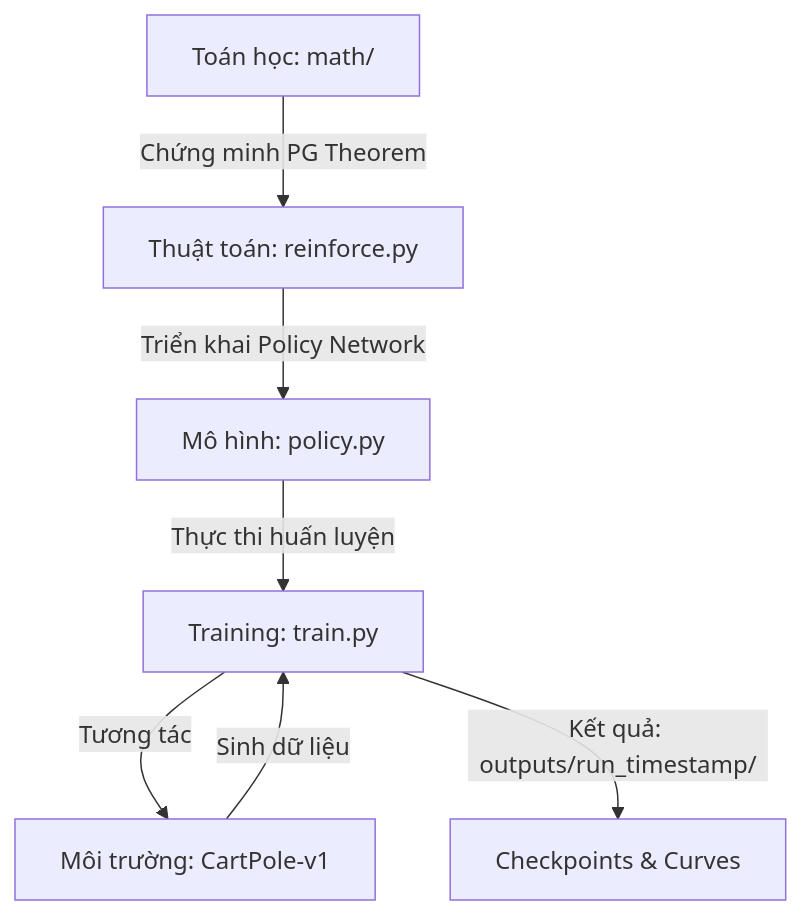
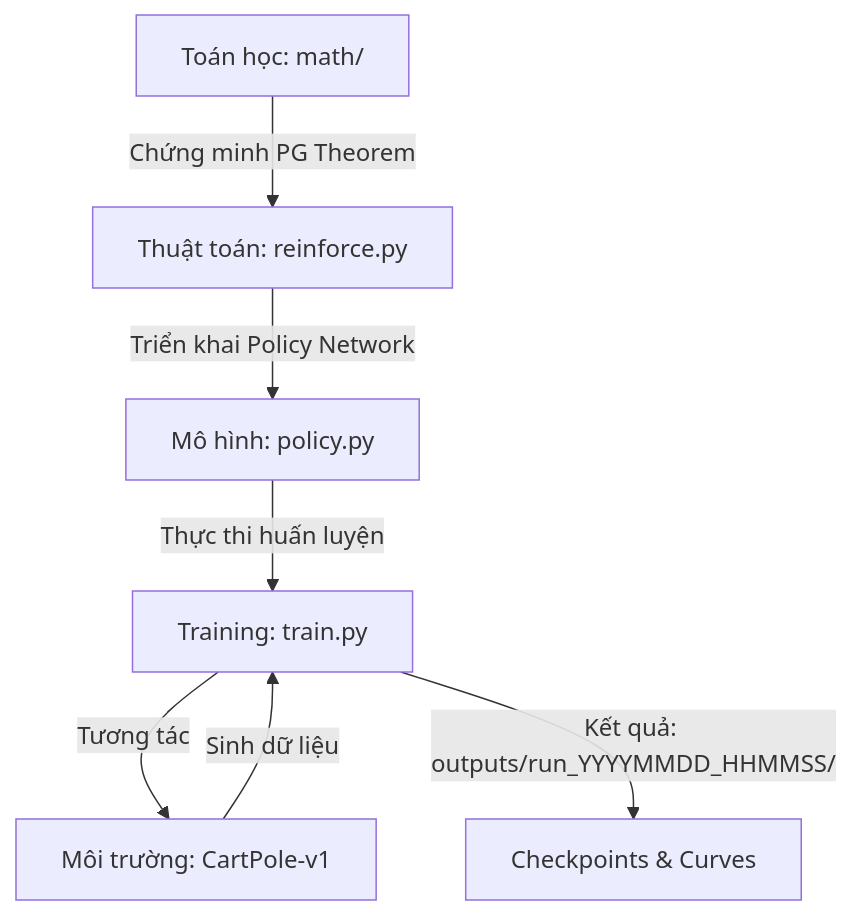
Before and after one commit to uit-25730067-chithanh/CS115-Team05-PG: the diagram in docs/system-architecture.md, drawn with Mermaid. The commit also changed other lines of this file and 17 other files, not shown here.

````diff
--- a/docs/system-architecture.md
+++ b/docs/system-architecture.md
@@ -9,9 +15,9 @@
 ```mermaid
 graph TD
     A[Toán học: math/] -->|Chứng minh PG Theorem| B[Thuật toán: reinforce.py]
     B -->|Triển khai Policy Network| C[Mô hình: policy.py]
     C -->|Thực thi huấn luyện| D[Training: train.py]
     D -->|Tương tác| E[Môi trường: CartPole-v1]
     E -->|Sinh dữ liệu| D
-    D -->|Kết quả: outputs/run_timestamp/| F[Checkpoints & Curves]
+    D -->|Kết quả: outputs/run_YYYYMMDD_HHMMSS/| F[Checkpoints & Curves]
 ```
````
